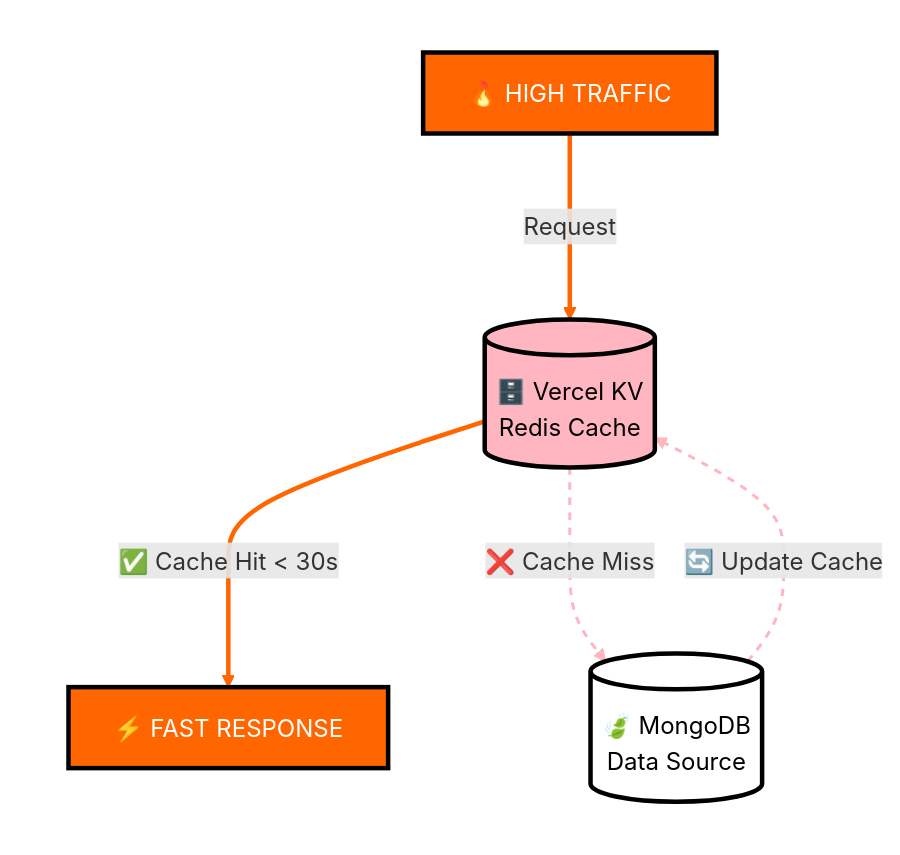
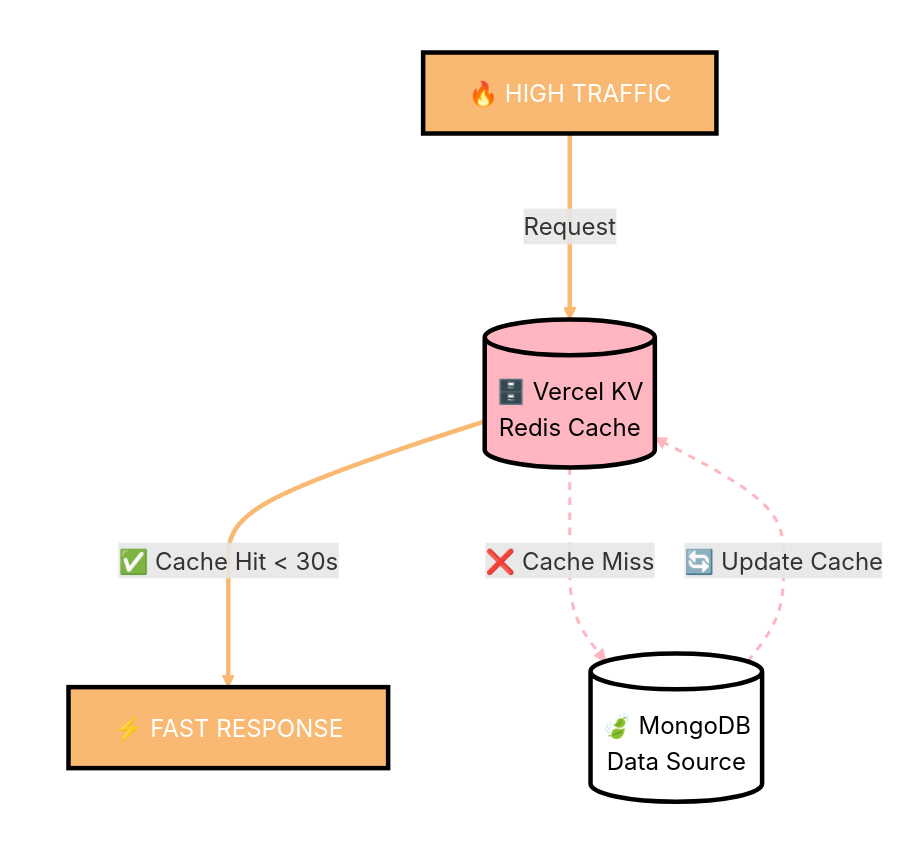
Before and after one commit to SujalAgrawal08/SahayakX: the second of 2 diagrams in README.md, drawn with Mermaid.

````diff
--- a/README.md
+++ b/README.md
@@ -223,38 +223,38 @@
 ```mermaid
 flowchart TD
     subgraph INPUT[" "]
         A[🔥 HIGH TRAFFIC]
     end
     
     subgraph CACHE[" "]
         B[(🗄️ Vercel KV<br/>Redis Cache)]
     end
     
     subgraph DATABASE[" "]
         C[(🍃 MongoDB<br/>Data Source)]
     end
     
     subgraph OUTPUT[" "]
         D[⚡ FAST RESPONSE]
     end
 
     A ==>|"Request"| B
     B -.->|"❌ Cache Miss"| C
     C -.->|"🔄 Update Cache"| B
     B ==>|"✅ Cache Hit < 30s"| D
 
-    style A fill:#FF6600,stroke:#000000,color:#FFFFFF,stroke-width:3px
+    style A fill:#FAB972,stroke:#000000,color:#FFFFFF,stroke-width:3px
     style B fill:#FFB6C1,stroke:#000000,color:#000000,stroke-width:3px
     style C fill:#FFFFFF,stroke:#000000,color:#000000,stroke-width:3px
-    style D fill:#FF6600,stroke:#000000,color:#FFFFFF,stroke-width:3px
+    style D fill:#FAB972,stroke:#000000,color:#FFFFFF,stroke-width:3px
     
     style INPUT fill:none,stroke:none
     style CACHE fill:none,stroke:none
     style DATABASE fill:none,stroke:none
     style OUTPUT fill:none,stroke:none
 
-    linkStyle 0 stroke:#FF6600,stroke-width:3px
+    linkStyle 0 stroke:#FAB972,stroke-width:3px
     linkStyle 1 stroke:#FFB6C1,stroke-width:2px,stroke-dasharray:5
     linkStyle 2 stroke:#FFB6C1,stroke-width:2px,stroke-dasharray:5
-    linkStyle 3 stroke:#FF6600,stroke-width:3px
+    linkStyle 3 stroke:#FAB972,stroke-width:3px
 ```
````
